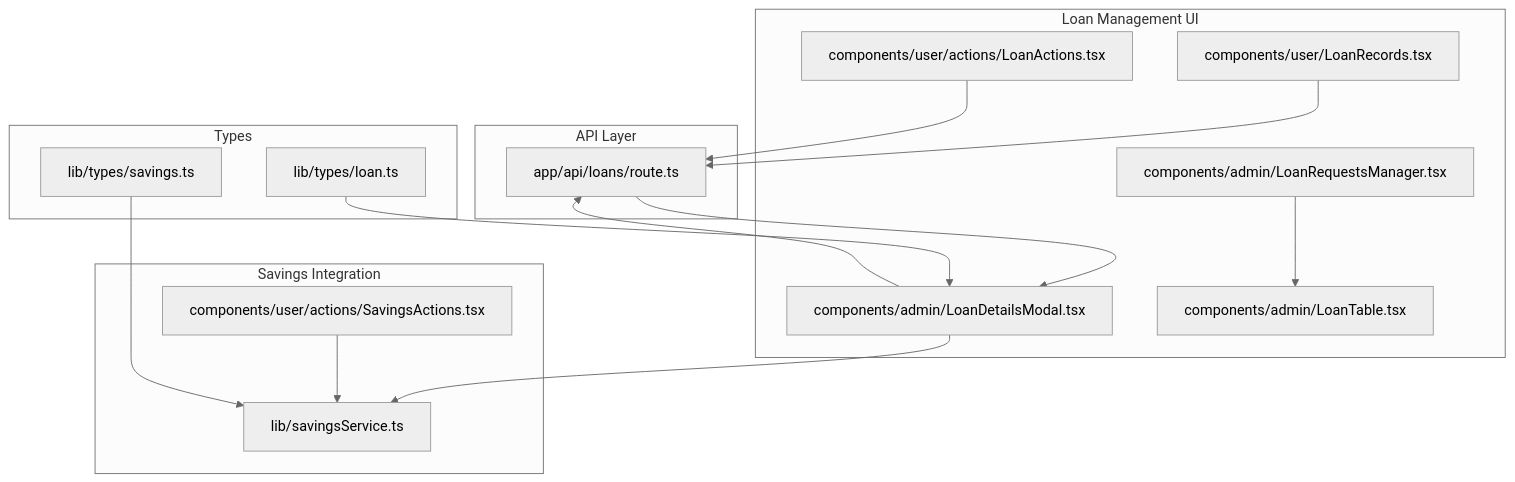
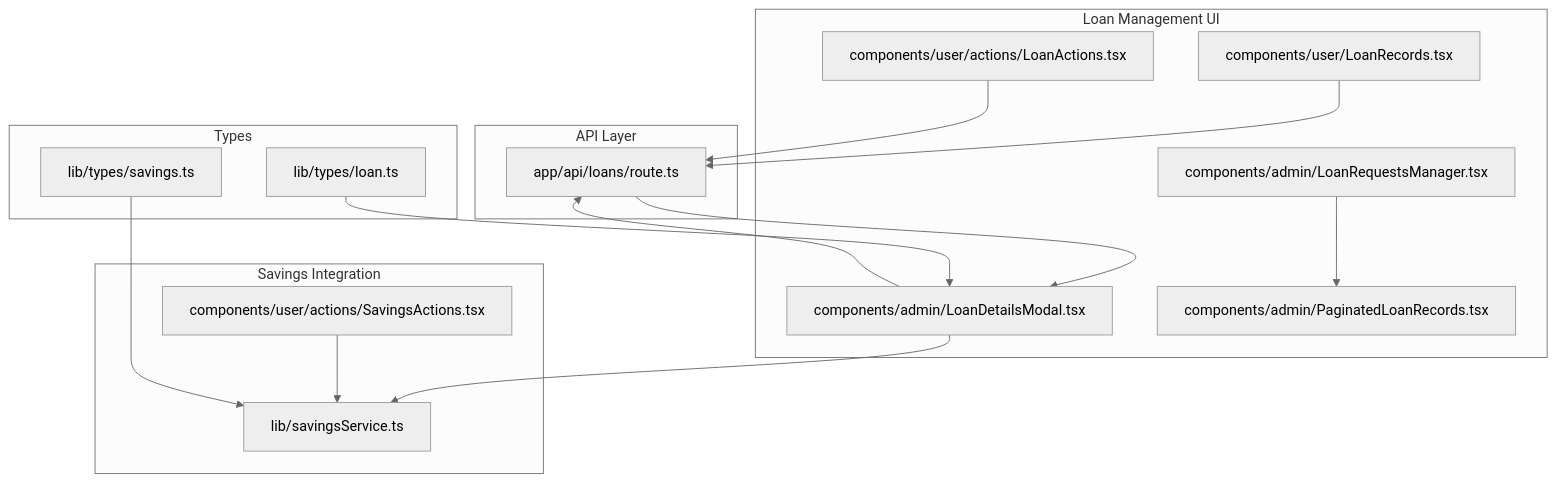
Before and after one commit to Unsure-bry/sampacoop_system: the first of 8 diagrams in .qoder/repowiki/en/content/Loan Management System/Loan Repayment System.md, drawn with Mermaid (neutral theme). The commit also changed other lines of this file and 6 other files, not shown here.

````diff
--- a/.qoder/repowiki/en/content/Loan Management System/Loan Repayment System.md
+++ b/.qoder/repowiki/en/content/Loan Management System/Loan Repayment System.md
@@ -42,30 +51,30 @@
 ```mermaid
 graph TB
 subgraph "API Layer"
 API["app/api/loans/route.ts"]
 end
 subgraph "Loan Management UI"
 ADM["components/admin/LoanDetailsModal.tsx"]
 REQ["components/admin/LoanRequestsManager.tsx"]
-LTABLE["components/admin/LoanTable.tsx"]
+LTABLE["components/admin/PaginatedLoanRecords.tsx"]
 UREC["components/user/LoanRecords.tsx"]
 ACTIONS["components/user/actions/LoanActions.tsx"]
 end
 subgraph "Savings Integration"
 SAVSERV["lib/savingsService.ts"]
 SAVUI["components/user/actions/SavingsActions.tsx"]
 end
 subgraph "Types"
 LTYPES["lib/types/loan.ts"]
 STYPES["lib/types/savings.ts"]
 end
 API --> ADM
 REQ --> LTABLE
 ADM --> API
 UREC --> API
 ACTIONS --> API
 ADM --> SAVSERV
 SAVUI --> SAVSERV
 LTYPES --> ADM
 STYPES --> SAVSERV
 ```
````
